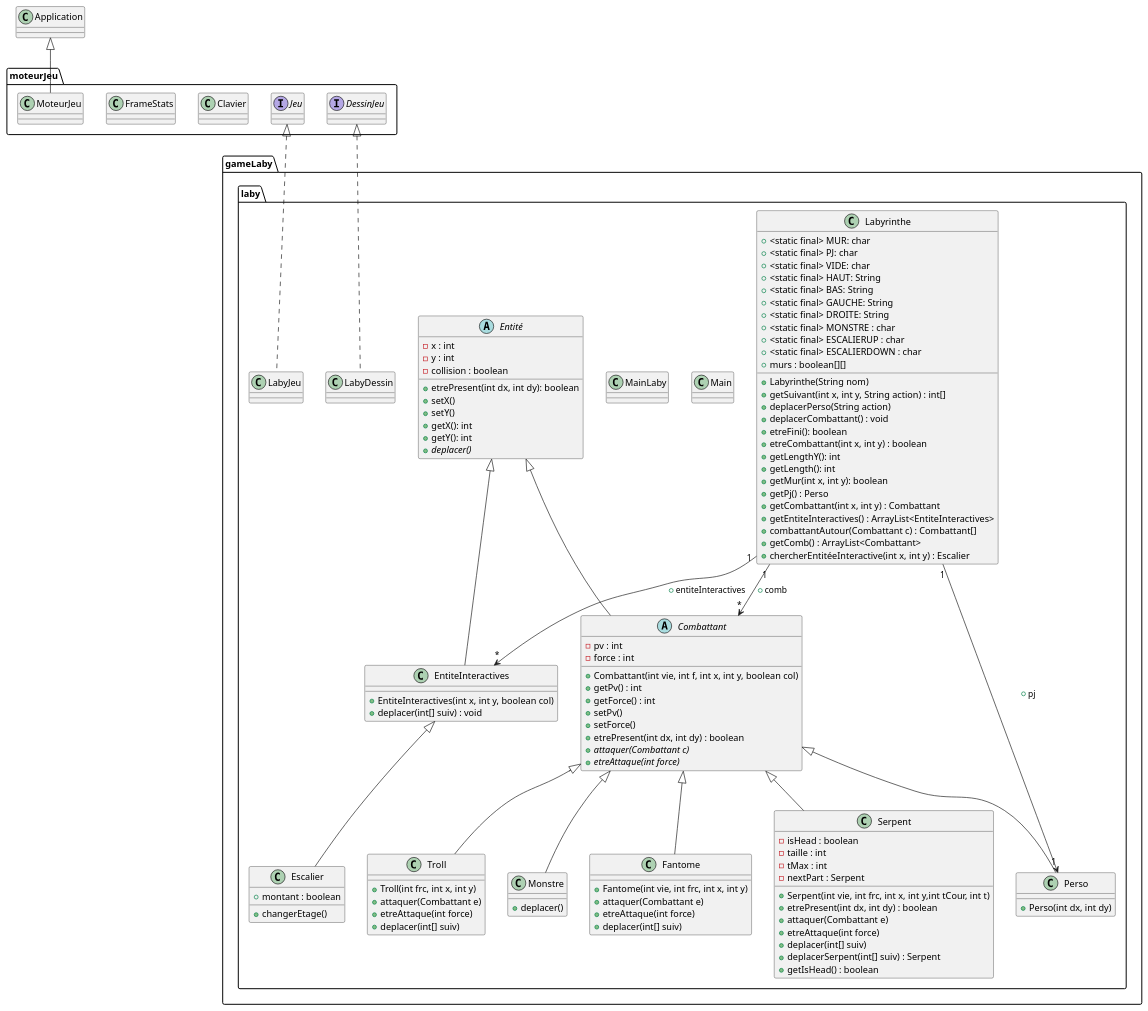
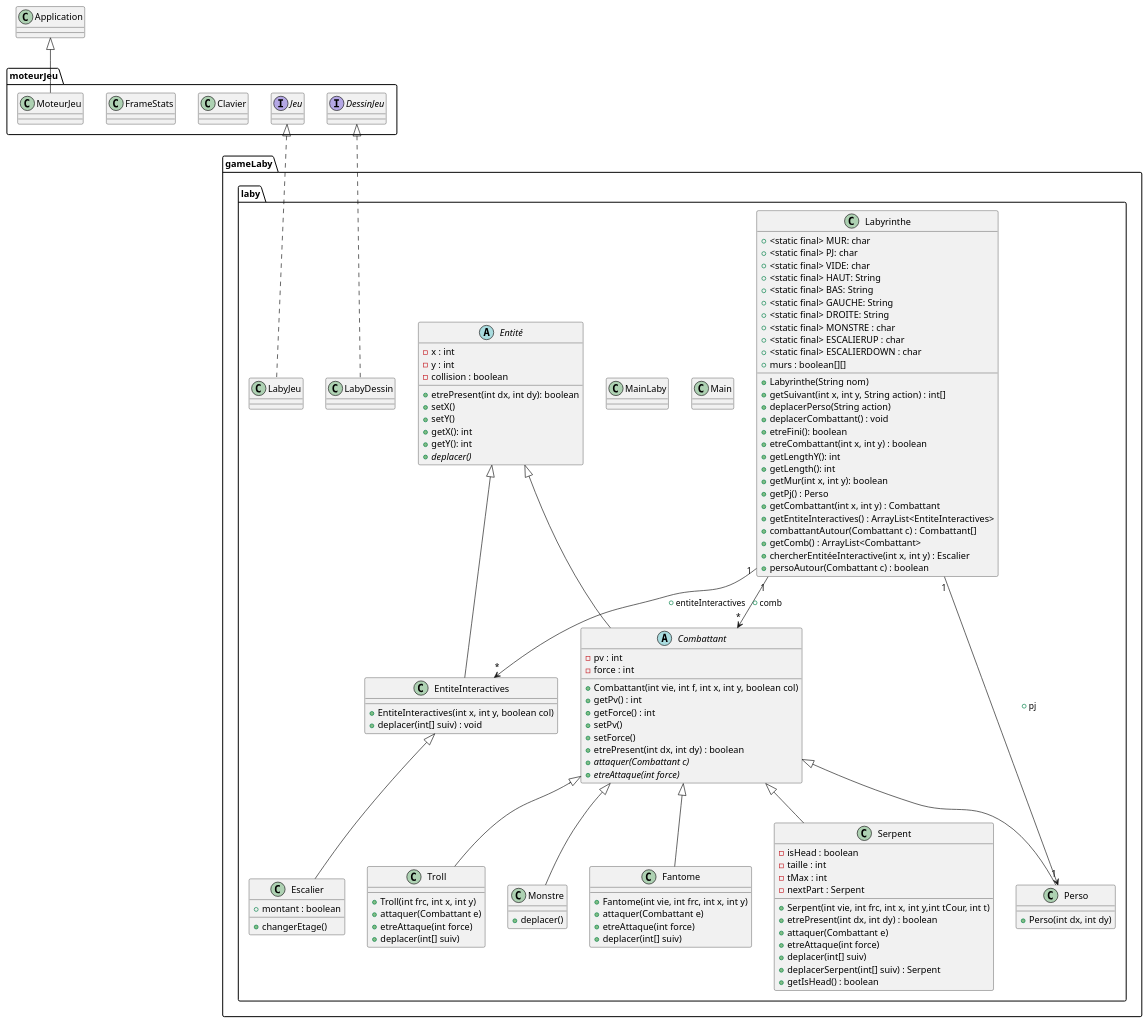
Before and after one commit to celie-ponroy/2023_S2.01_Zeldiablo_ponroy_roth_prykhodko_bortolotti: the diagram in zeldiablo/documents/version_3/diagclass_laby.puml, drawn with PlantUML. The commit also changed 2 other files, not shown here.

```diff
--- a/zeldiablo/documents/version_3/diagclass_laby.puml
+++ b/zeldiablo/documents/version_3/diagclass_laby.puml
@@ -1,155 +1,156 @@
 @startuml
 
 package gameLaby.laby{
 
 class Labyrinthe{
 + <static final> MUR: char
 + <static final> PJ: char
 + <static final> VIDE: char
 + <static final> HAUT: String
 + <static final> BAS: String
 + <static final> GAUCHE: String
 + <static final> DROITE: String
 + <static final> MONSTRE : char
 + <static final> ESCALIERUP : char
 + <static final> ESCALIERDOWN : char
 + murs : boolean[][]
 + Labyrinthe(String nom)
 + getSuivant(int x, int y, String action) : int[]
 + deplacerPerso(String action)
 + deplacerCombattant() : void
 + etreFini(): boolean
 + etreCombattant(int x, int y) : boolean
 + getLengthY(): int
 + getLength(): int
 + getMur(int x, int y): boolean
 + getPj() : Perso
 + getCombattant(int x, int y) : Combattant
 + getEntiteInteractives() : ArrayList<EntiteInteractives>
 + combattantAutour(Combattant c) : Combattant[]
 + getComb() : ArrayList<Combattant>
 + chercherEntitéeInteractive(int x, int y) : Escalier
++ persoAutour(Combattant c) : boolean
 }
 
 
 class Main{
 }
 
 class MainLaby{
 }
 
 class Perso{
 +Perso(int dx, int dy)
 }
 
 Abstract class Entité{
 - x : int
 - y : int
 - collision : boolean
 + etrePresent(int dx, int dy): boolean
 +setX()
 +setY()
 +getX(): int
 +getY(): int
 +{abstract}deplacer()
 }
 
 Abstract class Combattant{
 - pv : int
 - force : int
 + Combattant(int vie, int f, int x, int y, boolean col)
 + getPv() : int
 + getForce() : int
 + setPv()
 + setForce()
 + etrePresent(int dx, int dy) : boolean
 + {abstract}attaquer(Combattant c)
 + {abstract}etreAttaque(int force)
 }
 
 class EntiteInteractives{
 + EntiteInteractives(int x, int y, boolean col)
 + deplacer(int[] suiv) : void
 }
 
 class Monstre{
 + deplacer()
 }
 
 class Fantome{
 + Fantome(int vie, int frc, int x, int y)
 + attaquer(Combattant e)
 + etreAttaque(int force)
 + deplacer(int[] suiv)
 }
 
 class Serpent{
 - isHead : boolean
 - taille : int
 - tMax : int
 - nextPart : Serpent
 + Serpent(int vie, int frc, int x, int y,int tCour, int t)
 + etrePresent(int dx, int dy) : boolean
 + attaquer(Combattant e)
 + etreAttaque(int force)
 + deplacer(int[] suiv)
 + deplacerSerpent(int[] suiv) : Serpent
 + getIsHead() : boolean
 }
 
 class Troll{
 + Troll(int frc, int x, int y)
 + attaquer(Combattant e)
 + etreAttaque(int force)
 + deplacer(int[] suiv)
 }
 
 class Escalier{
 + montant : boolean
 + changerEtage()
 }
 
 class LabyJeu{
 }
 
 class LabyDessin{
 }
 
 }
 
 package moteurJeu{
 
 interface Jeu{
 }
 
 interface DessinJeu{
 }
 
 class Clavier{
 }
 
 class FrameStats{
 }
 
 class MoteurJeu{
 }
 
 }
 
 Labyrinthe "1" --> "*" EntiteInteractives : + entiteInteractives
 Labyrinthe "1" --> "*" Combattant : + comb
 Labyrinthe "1" --> "1" Perso : + pj
 
 Entité <|-- Combattant
 Entité <|-- EntiteInteractives
 Combattant <|-- Monstre
 Combattant <|-- Perso
 Combattant <|-- Fantome
 Combattant <|-- Serpent
 Combattant <|-- Troll
 EntiteInteractives <|-- Escalier
 Jeu <|.. LabyJeu
 DessinJeu <|.. LabyDessin
 Application <|-- MoteurJeu
 
 @enduml
```
